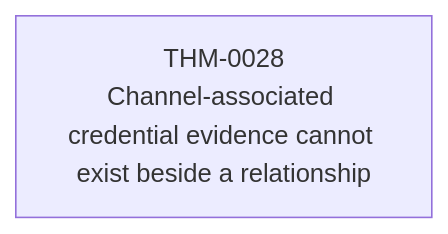
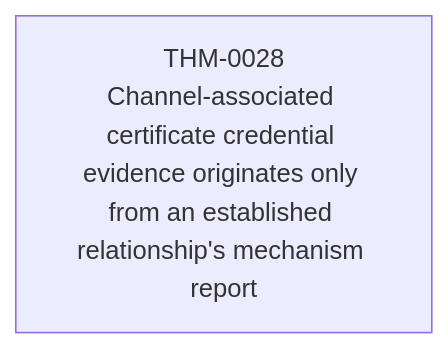
Before and after one commit to matssun/mcp-re: diagram 12 of 12 in verification/generated/theorem-dependencies.md, drawn with Mermaid. The commit also changed 11 other files, not shown here.

````diff
--- a/verification/generated/theorem-dependencies.md
+++ b/verification/generated/theorem-dependencies.md
@@ -126,4 +126,4 @@
 ```mermaid
 graph BT
-    THM_0028["THM-0028<br/>Channel-associated credential evidence cannot exist beside a relationship"]
+    THM_0028["THM-0028<br/>Channel-associated certificate credential evidence originates only from an established relationship's mechanism report"]
 ```
````
